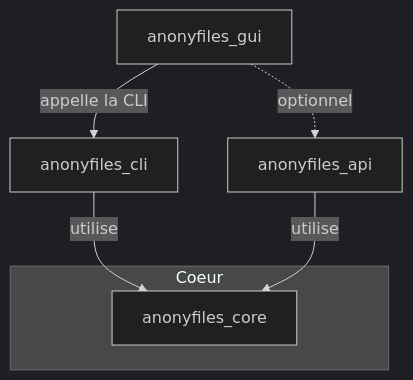
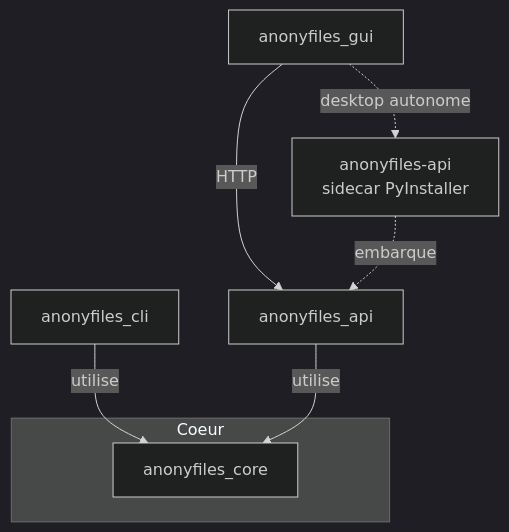
One commit to simongrossi/anonyfiles changed the second of 2 diagrams in README.md. Above: the diagram before and after it, drawn with Mermaid (dark theme). The commit also changed other lines of this file and 38 other files, not shown here.

First line of the commit message:
feat: desktop standalone (sidecar PyInstaller) + Tauri 2 + GUI operational fixes

````diff
--- a/README.md
+++ b/README.md
@@ -111,11 +103,12 @@
 ```mermaid
 graph TD
     subgraph Coeur
         CORE["anonyfiles_core"]
     end
 
     CLI["anonyfiles_cli"] -->|utilise| CORE
     API["anonyfiles_api"] -->|utilise| CORE
-    GUI["anonyfiles_gui"] -->|appelle la CLI| CLI
-    GUI -. optionnel .-> API
+    GUI["anonyfiles_gui"] -->|HTTP| API
+    SIDECAR["anonyfiles-api<br/>sidecar PyInstaller"] -.->|embarque| API
+    GUI -.->|desktop autonome| SIDECAR
 ```
````
